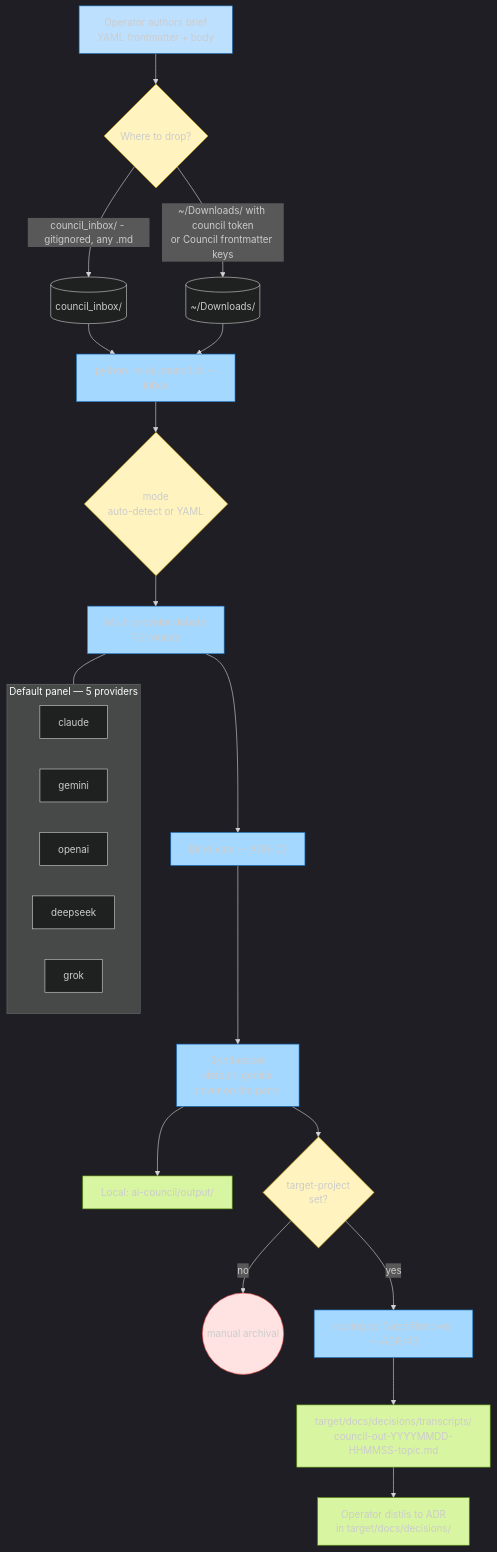
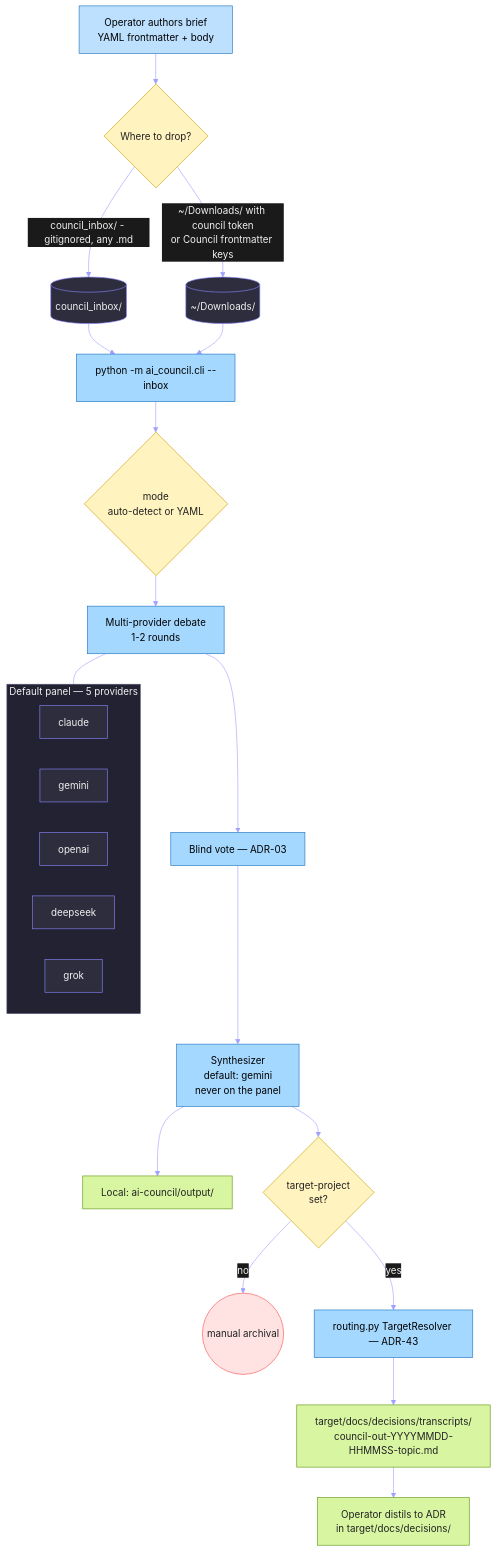
One commit to rdwornik/dev-knowledge changed the fifth of 6 diagrams in ARCHITECTURE.md. Above: the diagram before and after it, drawn with Mermaid. The commit also changed other lines of this file and 2 other files, not shown here.

First line of the commit message:
fix(architecture): high-contrast mermaid theme + explicit color overrides

````diff
--- a/ARCHITECTURE.md
+++ b/ARCHITECTURE.md
@@ -216,48 +216,48 @@
 ```mermaid
-%%{init: {'theme':'dark'}}%%
+%%{init: {'theme':'base', 'themeVariables': {'darkMode':true,'background':'#1a1a1a','primaryColor':'#2d2d3d','primaryTextColor':'#f0f0f0','primaryBorderColor':'#8a86ff','lineColor':'#a0a0ff','textColor':'#f0f0f0','mainBkg':'#2d2d3d','secondaryColor':'#3d2d3d','tertiaryColor':'#22323a','clusterBkg':'#222232','clusterBorder':'#555577','edgeLabelBackground':'#1a1a1a','titleColor':'#f0f0f0','nodeBorder':'#8a86ff'}}}%%
 flowchart TD
     author[Operator authors brief<br/>YAML frontmatter + body]
 
     author --> route_in{Where to drop?}
     route_in -- "council_inbox/ - gitignored, any .md" --> inbox[(council_inbox/)]
     route_in -- "~/Downloads/ with council token<br/>or Council frontmatter keys" --> downloads[(~/Downloads/)]
 
     inbox --> cli[python -m ai_council.cli --inbox]
     downloads --> cli
 
     cli --> mode{mode<br/>auto-detect or YAML}
     mode --> debate[Multi-provider debate<br/>1-2 rounds]
 
     subgraph providers [Default panel — 5 providers]
         anthropic[claude]
         gemini_p[gemini]
         openai_p[openai]
         deepseek_p[deepseek]
         grok_p[grok]
     end
     debate --- providers
 
     debate --> vote[Blind vote — ADR-03]
     vote --> synth[Synthesizer<br/>default: gemini<br/>never on the panel]
 
     synth --> out_local[Local: ai-council/output/]
     synth --> route_out{target-project<br/>set?}
 
     route_out -- "no" --> stop1((manual archival))
     route_out -- "yes" --> router[routing.py TargetResolver — ADR-43]
     router --> transcripts["target/docs/decisions/transcripts/<br/>council-out-YYYYMMDD-HHMMSS-topic.md"]
 
     transcripts --> adr_author[Operator distils to ADR<br/>in target/docs/decisions/]
 
-    classDef start fill:#bde0fe,stroke:#1971c2
-    classDef decide fill:#fff3bf,stroke:#c79e00
-    classDef cli_ fill:#a5d8ff,stroke:#1971c2
-    classDef out fill:#d8f5a2,stroke:#5c940d
-    classDef warn fill:#ffe3e3,stroke:#fa5252
+    classDef start fill:#bde0fe,stroke:#1971c2,color:#000
+    classDef decide fill:#fff3bf,stroke:#c79e00,color:#222
+    classDef cli_ fill:#a5d8ff,stroke:#1971c2,color:#000
+    classDef out fill:#d8f5a2,stroke:#5c940d,color:#222
+    classDef warn fill:#ffe3e3,stroke:#fa5252,color:#222
 
     class author start
     class route_in,mode,route_out decide
     class cli,debate,vote,synth,router cli_
     class out_local,transcripts,adr_author out
     class stop1 warn
 ```
````
